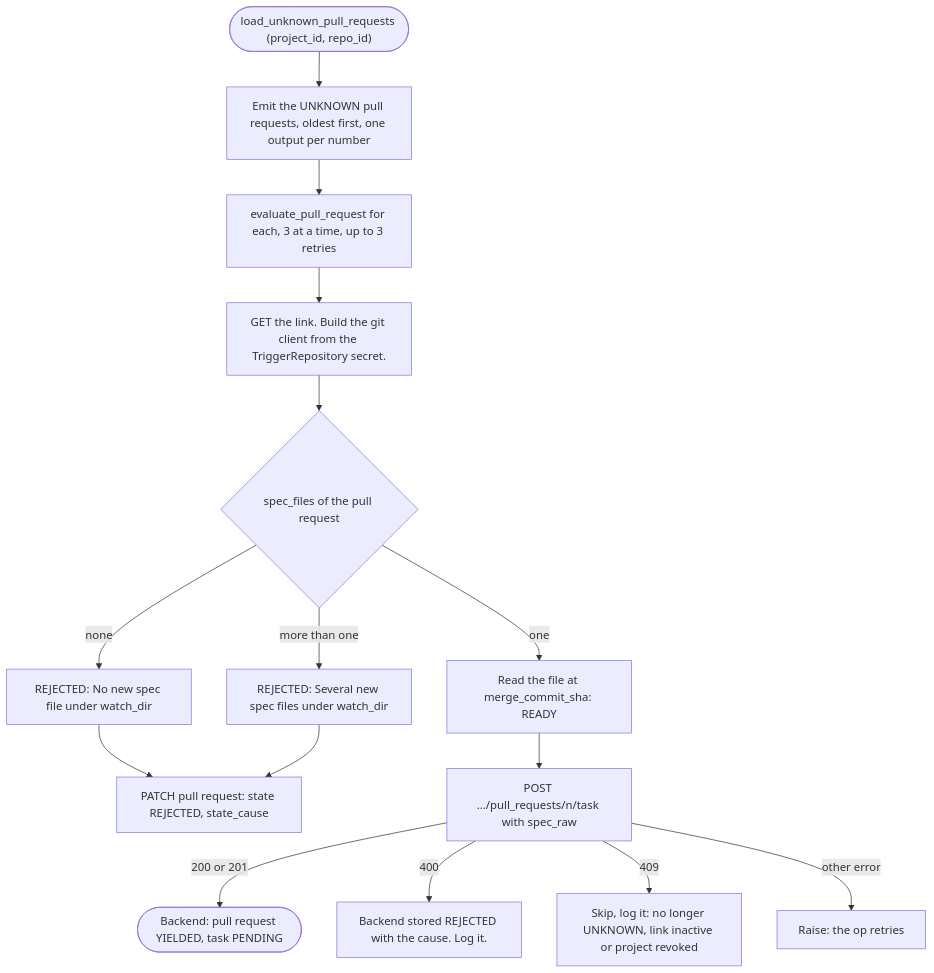
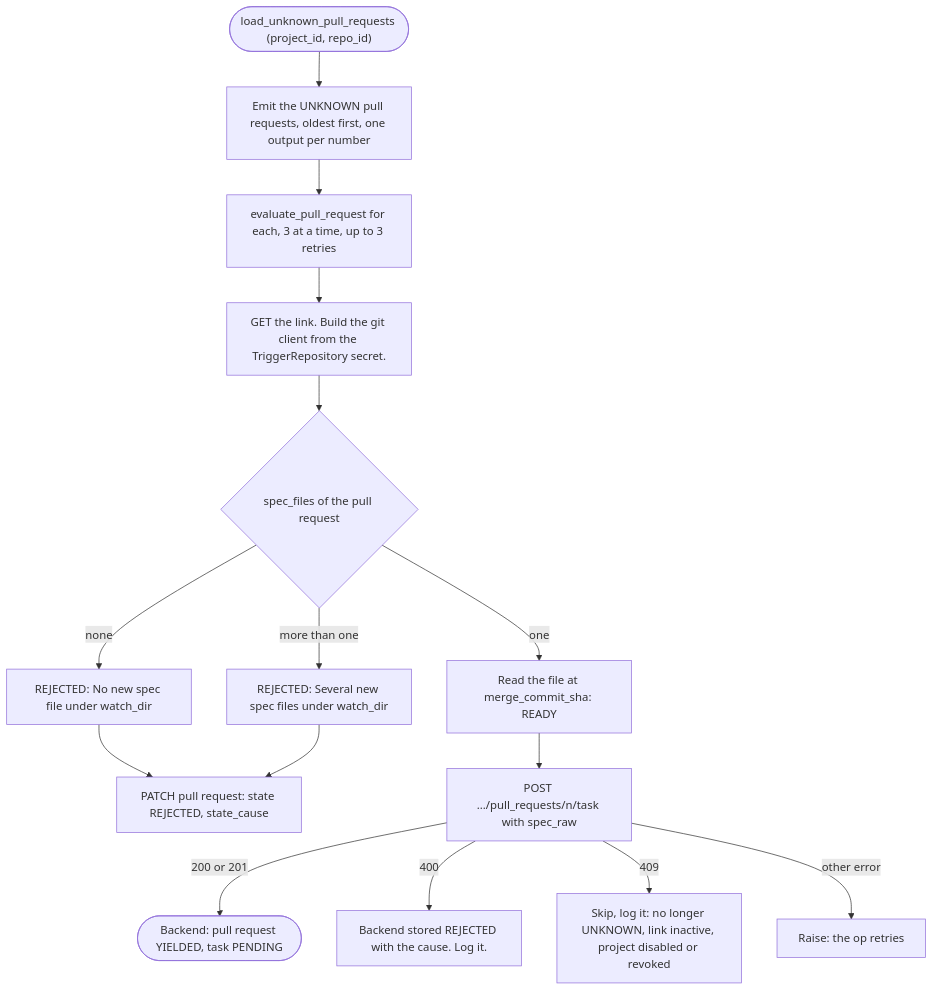
Before and after one commit to Aridhia-Open-Source/PHEMS_federated_node: the second of 2 diagrams in docs/architecture/sensors/pr-evaluate.md, drawn with Mermaid. The commit also changed other lines of this file and 20 other files, not shown here.

First line of the commit message:
Refuse a task from a pull request for a disabled or revoked project, as the API does

````diff
--- a/docs/architecture/sensors/pr-evaluate.md
+++ b/docs/architecture/sensors/pr-evaluate.md
@@ -54,17 +54,17 @@
 ```mermaid
 flowchart TD
     A(["load_unknown_pull_requests (project_id, repo_id)"]) --> B["Emit the UNKNOWN pull requests, oldest first, one output per number"]
     B --> C["evaluate_pull_request for each, 3 at a time, up to 3 retries"]
     C --> D["GET the link. Build the git client from the TriggerRepository secret."]
     D --> E{"spec_files of the pull request"}
     E -->|none| F["REJECTED: No new spec file under watch_dir"]
     E -->|"more than one"| G["REJECTED: Several new spec files under watch_dir"]
     E -->|one| H["Read the file at merge_commit_sha: READY"]
     F --> I["PATCH pull request: state REJECTED, state_cause"]
     G --> I
     H --> J["POST .../pull_requests/n/task with spec_raw"]
     J -->|"200 or 201"| K(["Backend: pull request YIELDED, task PENDING"])
     J -->|400| L["Backend stored REJECTED with the cause. Log it."]
-    J -->|409| M["Skip, log it: no longer UNKNOWN, link inactive or project revoked"]
+    J -->|409| M["Skip, log it: no longer UNKNOWN, link inactive, project disabled or revoked"]
     J -->|"other error"| N["Raise: the op retries"]
 ```
````
